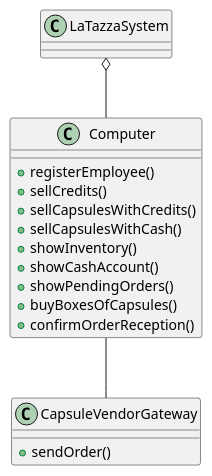
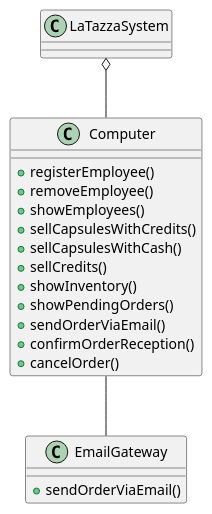
One commit to eloparco/LaTazza changed the fourth of 4 diagrams in requirements.md. Above: the diagram before and after it, drawn with PlantUML.

Commit message:
re-added system design changes

````diff
--- a/requirements.md
+++ b/requirements.md
@@ -414,24 +414,26 @@
 ```plantuml
 class LaTazzaSystem {
 }
 
 class Computer {
   +registerEmployee()
-  +sellCredits()
+  +removeEmployee()
+  +showEmployees()
   +sellCapsulesWithCredits()
   +sellCapsulesWithCash()
+  +sellCredits()
   +showInventory()
-  +showCashAccount()
   +showPendingOrders()
-  +buyBoxesOfCapsules()
+  +sendOrderViaEmail()
   +confirmOrderReception()
+  +cancelOrder()
 }
 
-class CapsuleVendorGateway {
-  +sendOrder()
+class EmailGateway {
+  +sendOrderViaEmail()
 }
 
 LaTazzaSystem o-- Computer
 
-Computer -- CapsuleVendorGateway
+Computer -- EmailGateway
 ```
````
